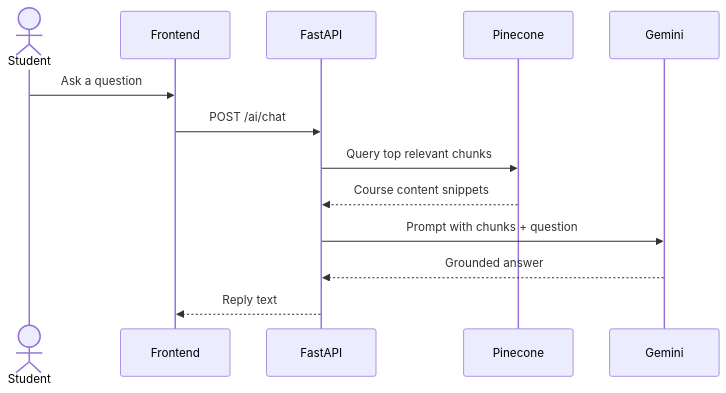
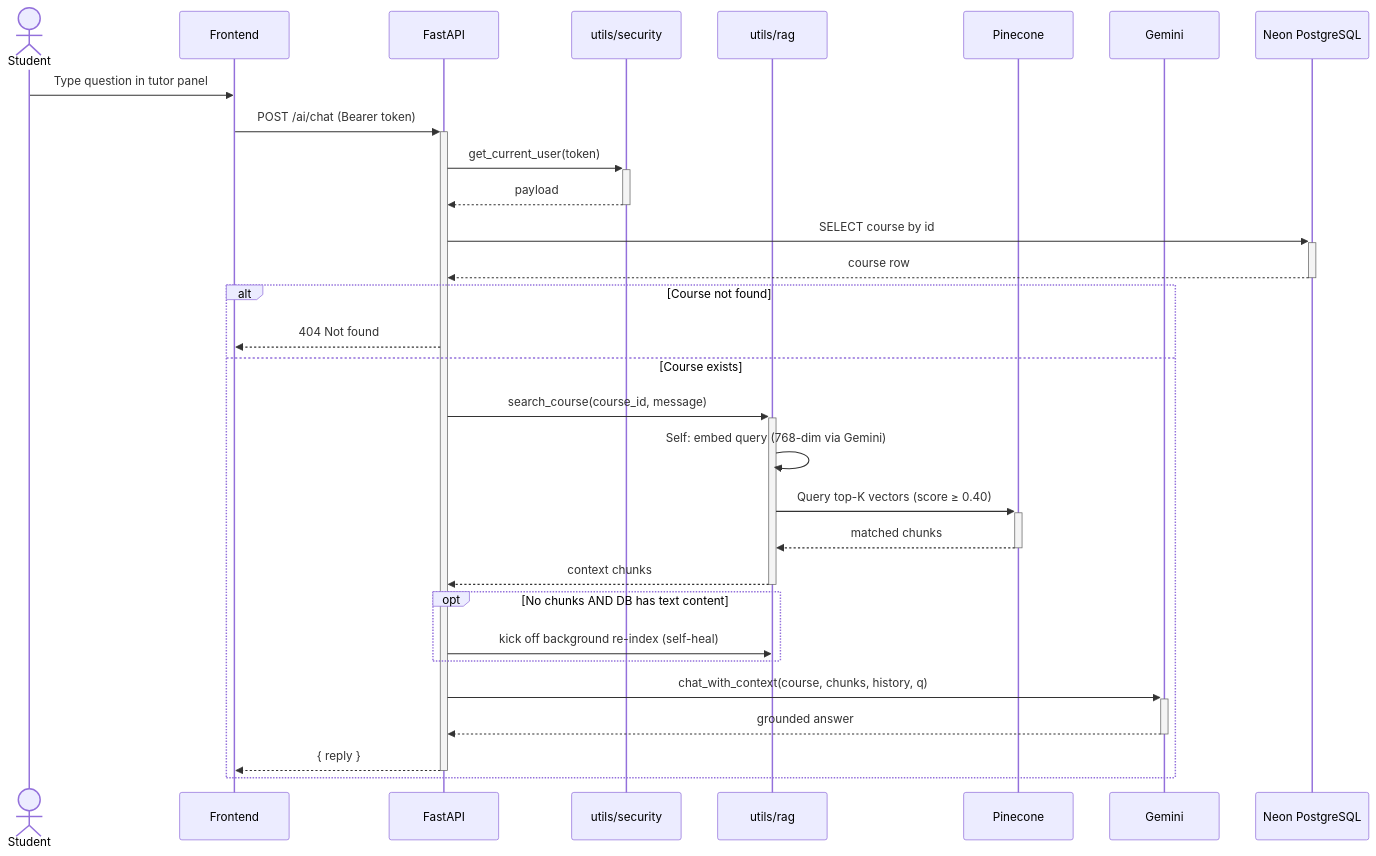
Before and after one commit to yazidha09/Hub4Learners: the fourth of 5 diagrams in docs/sprints/SPRINT_3.md, drawn with Mermaid. The commit also changed other lines of this file and 5 other files, not shown here.

````diff
--- a/docs/sprints/SPRINT_3.md
+++ b/docs/sprints/SPRINT_3.md
@@ -124,16 +124,33 @@
 ```mermaid
 sequenceDiagram
     actor Student
     participant Frontend
     participant API as FastAPI
+    participant Sec as utils/security
+    participant RAG as utils/rag
     participant Pinecone
     participant Gemini
+    participant DB as Neon PostgreSQL
 
-    Student->>Frontend: Ask a question
-    Frontend->>API: POST /ai/chat
-    API->>Pinecone: Query top relevant chunks
-    Pinecone-->>API: Course content snippets
-    API->>Gemini: Prompt with chunks + question
-    Gemini-->>API: Grounded answer
-    API-->>Frontend: Reply text
+    Student->>Frontend: Type question in tutor panel
+    Frontend->>+API: POST /ai/chat (Bearer token)
+    API->>+Sec: get_current_user(token)
+    Sec-->>-API: payload
+    API->>+DB: SELECT course by id
+    DB-->>-API: course row
+    alt Course not found
+        API-->>Frontend: 404 Not found
+    else Course exists
+        API->>+RAG: search_course(course_id, message)
+        RAG->>RAG: Self: embed query (768-dim via Gemini)
+        RAG->>+Pinecone: Query top-K vectors (score ≥ 0.40)
+        Pinecone-->>-RAG: matched chunks
+        RAG-->>-API: context chunks
+        opt No chunks AND DB has text content
+            API->>RAG: kick off background re-index (self-heal)
+        end
+        API->>+Gemini: chat_with_context(course, chunks, history, q)
+        Gemini-->>-API: grounded answer
+        API-->>-Frontend: { reply }
+    end
 ```
````
